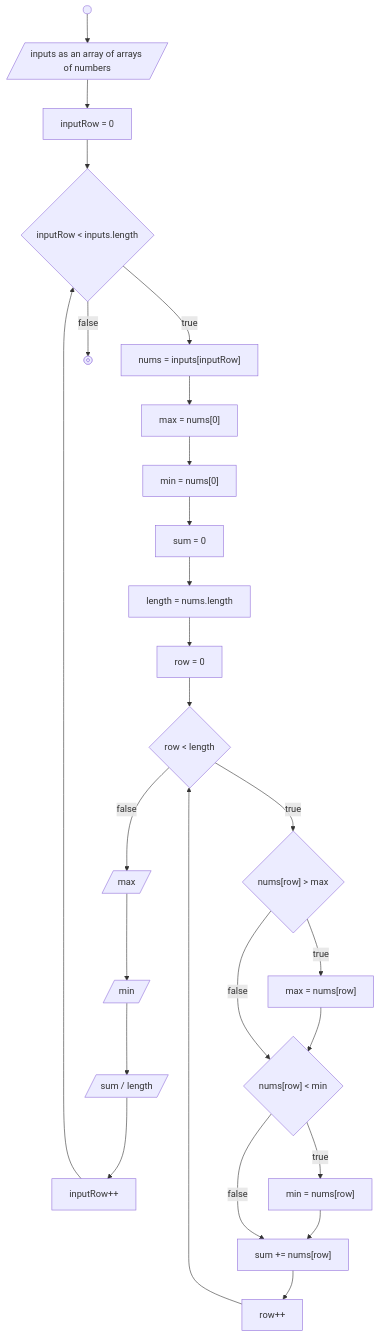
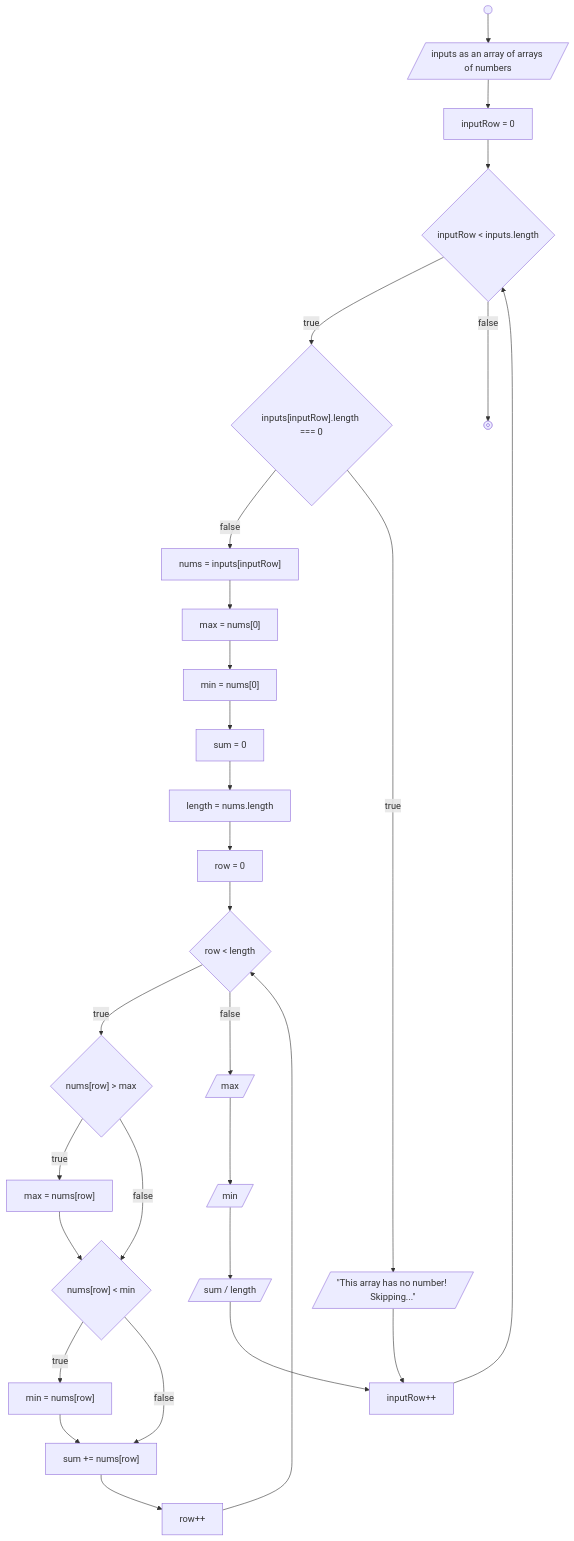
The diagram in README.md (sronnaim/koda-b10-javascript4), drawn with Mermaid before and after one commit. The commit also changed other lines of this file and 1 other file, not shown here.

Commit message:
feat: added empty array case handling

````diff
--- a/README.md
+++ b/README.md
@@ -7,46 +7,51 @@
 ```mermaid
 flowchart TD
     Start@{ shape: start }
     InputArrayOfNums@{ shape: lean-r, label: "inputs as an array of arrays of numbers" }
     InputRowInit@{ shape: rect, label: "inputRow = 0" }
     InputRowControl@{ shape: decision, label: "inputRow < inputs.length" }
     IncrInputRow@{ shape: rect, label: "inputRow++" }
+    EmptyRowControl@{ shape: decision, label: "inputs[inputRow].length === 0" }
+    WarnAndSkipEmptyRow@{ shape: lean-r, label: "#quot;This array has no number! Skipping...#quot;" }
     InitRowOfNums@{ shape: rect, label: "nums = inputs[inputRow] "}
     InitMax@{ shape: rect, label: "max = nums[0]" }
     InitMin@{ shape: rect, label: "min = nums[0]" }
     InitSum@{ shape: rect, label: "sum = 0" }
     InitLength@{ shape: rect, label: "length = nums.length" }
     InitRow@{ shape: rect, label: "row = 0" }
     RowControl@{ shape: decision, label: "row < length" }
     MaxControl@{ shape: decision, label: "nums[row] > max" }
     ChangeMax@{ shape: rect, label: "max = nums[row]" }
     MinControl@{ shape: decision, label: "nums[row] < min" }
     ChangeMin@{ shape: rect, label: "min = nums[row]"}
     AddToSum@{ shape: rect, label: "sum += nums[row]" }
     IncrRow@{ shape: rect, label: "row++" }
     OutputMax@{ shape: lean-r, label: "max" }
     OutputMin@{ shape: lean-r, label: "min" }
     OutputAvg@{ shape: lean-r, label: "sum / length" }
     End@{ shape: stop }
 
     Start --> InputArrayOfNums --> InputRowInit --> InputRowControl
 
-    InputRowControl --true--> InitRowOfNums
+    InputRowControl --true--> EmptyRowControl
+    EmptyRowControl --false--> InitRowOfNums
+    EmptyRowControl --true--> WarnAndSkipEmptyRow --> IncrInputRow
+
     InputRowControl --false--> End
 
     InitRowOfNums --> InitMax --> InitMin --> InitSum --> InitLength --> InitRow --> RowControl
 
     RowControl --true--> MaxControl
 
     MaxControl --true--> ChangeMax --> MinControl
     MaxControl --false--> MinControl
 
     MinControl --true--> ChangeMin --> AddToSum
     MinControl --false--> AddToSum
 
     AddToSum --> IncrRow --> RowControl
 
     RowControl --false--> OutputMax --> OutputMin --> OutputAvg
 
     OutputAvg --> IncrInputRow --> InputRowControl
 ```
````
